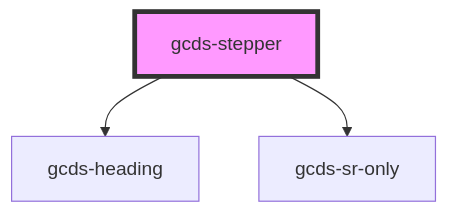
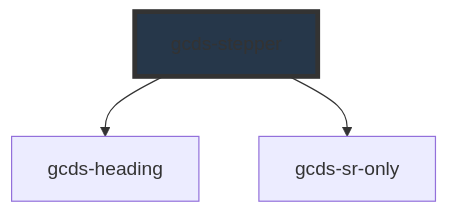
The diagram in packages/web/src/components/gcds-stepper/readme.md (cds-snc/gcds-components), drawn with Mermaid before and after one commit. The commit also changed other lines of this file and 44 other files, not shown here.

````diff
--- a/packages/web/src/components/gcds-stepper/readme.md
+++ b/packages/web/src/components/gcds-stepper/readme.md
@@ -25,6 +32,6 @@
 ```mermaid
 graph TD;
   gcds-stepper --> gcds-heading
   gcds-stepper --> gcds-sr-only
-  style gcds-stepper fill:#f9f,stroke:#333,stroke-width:4px
+  style gcds-stepper fill:#26374a,stroke:#333,stroke-width:4px
 ```
````
